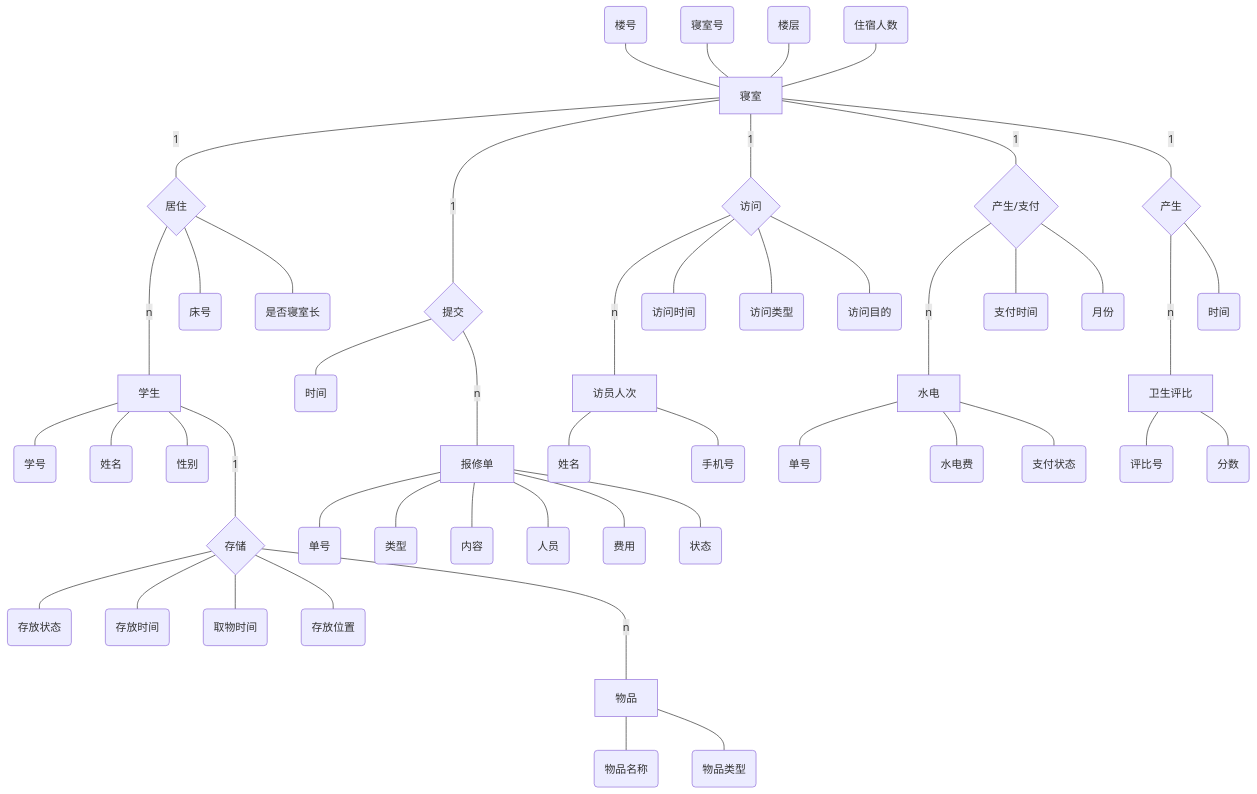
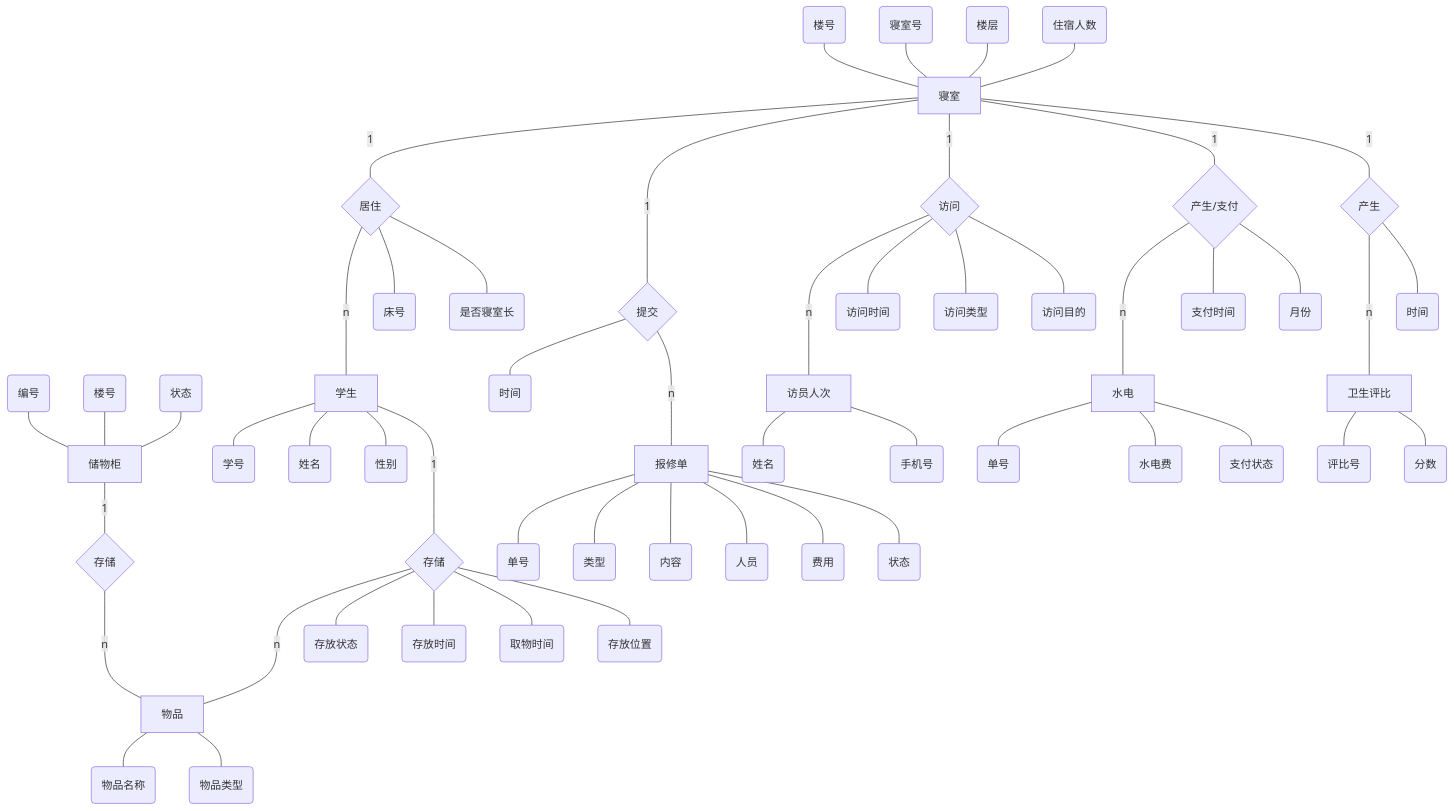
One commit to FoliAge-0x76/Dorm-DBMSProject changed the diagram in docs/design/er_graph/E-R总图.mermaid. Above: the diagram before and after it, drawn with Mermaid. The commit also changed other lines of this file and 6 other files, not shown here.

````diff
--- a/docs/design/er_graph/E-R总图.mermaid
+++ b/docs/design/er_graph/E-R总图.mermaid
@@ -21,55 +1,59 @@
-```mermaid
 graph TD
+
+Cab[储物柜]
+CID(编号)---Cab
+BID(楼号)---Cab
+St(状态)---Cab
+Cab--1---Apf2{存储}--n----Str
 
 Bid(楼号)---Dom
 Rid(寝室号)---Dom
 Flr(楼层)---Dom
 Occ(住宿人数)---Dom
 
 Dom[寝室]--1---Liv{居住}--n----Stu[学生]---Sid(学号)
 Stu[学生]---Sna(姓名)
 Stu---Sex(性别)
 
 Liv---BId(床号)
 Liv---IsL(是否寝室长)
-
+Stu--1----Apf{存储}--n----Str[物品]
 Apf---SSt(存放状态)
 Apf---DeT(存放时间)
 Apf---PcT(取物时间)
 Apf---Loc(存放位置)
-Stu--1----Apf{存储}--n----Str[物品]
+
 Str---INa(物品名称)
 Str---Ity(物品类型)
 
 Dom--1----Sub{提交}
 
 Sub---RTm(时间)
 
 Sub--n----Rep[报修单]
 
 Rep---RId(单号)
 Rep---RTy(类型)
 Rep---RCo(内容)
 Rep---RPr(人员)
 Rep---RFe(费用)
 Rep---RSt(状态)
 
 App{访问}--n----SIO[访员人次]
 Dom[寝室]--1---App
 App---VTm(访问时间)
 App---VTy(访问类型)
 App---VPu(访问目的)
 SIO---VNa(姓名)
 SIO---Phc(手机号)
 
 Dom[寝室]--1---Has{产生/支付}--n----Utl[水电]---Uid(单号)
 
 Utl---Wc(水电费)
 Utl---Sta(支付状态)
 Has---Tim(支付时间)
 Has---Mon(月份)
 
 Dom[寝室]--1---Has2{产生}--n----Hev[卫生评比]---Eid(评比号)
 Has2---Etm(时间)
 Hev---Esc(分数)
-```
````
